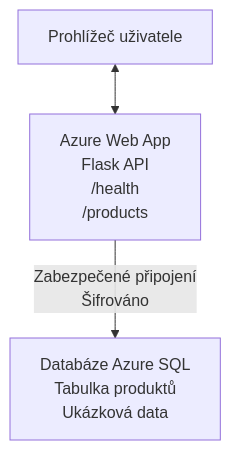
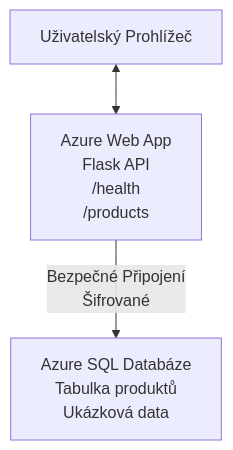
The diagram in translations/cs/examples/database-app/README.md (microsoft/AZD-for-beginners), drawn with Mermaid before and after one commit. The commit also changed other lines of this file and 101 other files, not shown here.

````diff
--- a/translations/cs/examples/database-app/README.md
+++ b/translations/cs/examples/database-app/README.md
@@ -72,5 +72,5 @@
 ```mermaid
 graph TD
-    Browser[Prohlížeč uživatele] <--> WebApp[Azure Web App<br/>Flask API<br/>/health<br/>/products]
-    WebApp -- Zabezpečené připojení<br/>Šifrováno --> SQL[Databáze Azure SQL<br/>Tabulka produktů<br/>Ukázková data]
+    Browser[Uživatelský Prohlížeč] <--> WebApp[Azure Web App<br/>Flask API<br/>/health<br/>/products]
+    WebApp -- Bezpečné Připojení<br/>Šifrované --> SQL[Azure SQL Databáze<br/>Tabulka produktů<br/>Ukázková data]
 ```
````
